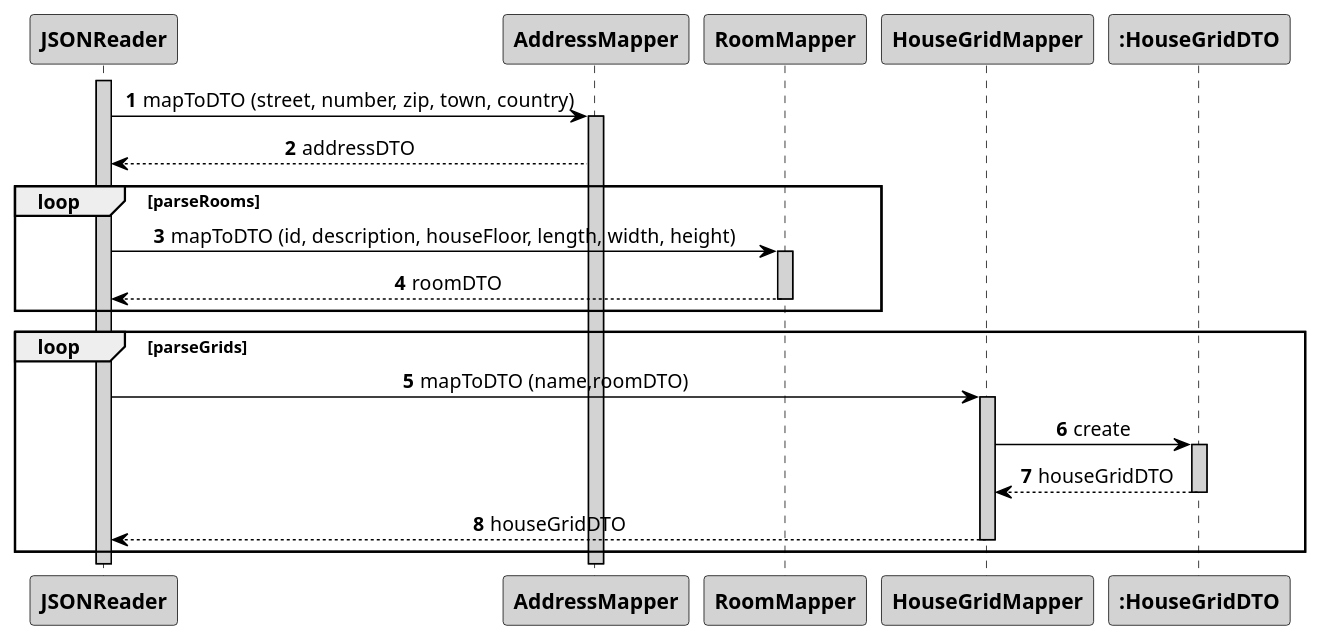
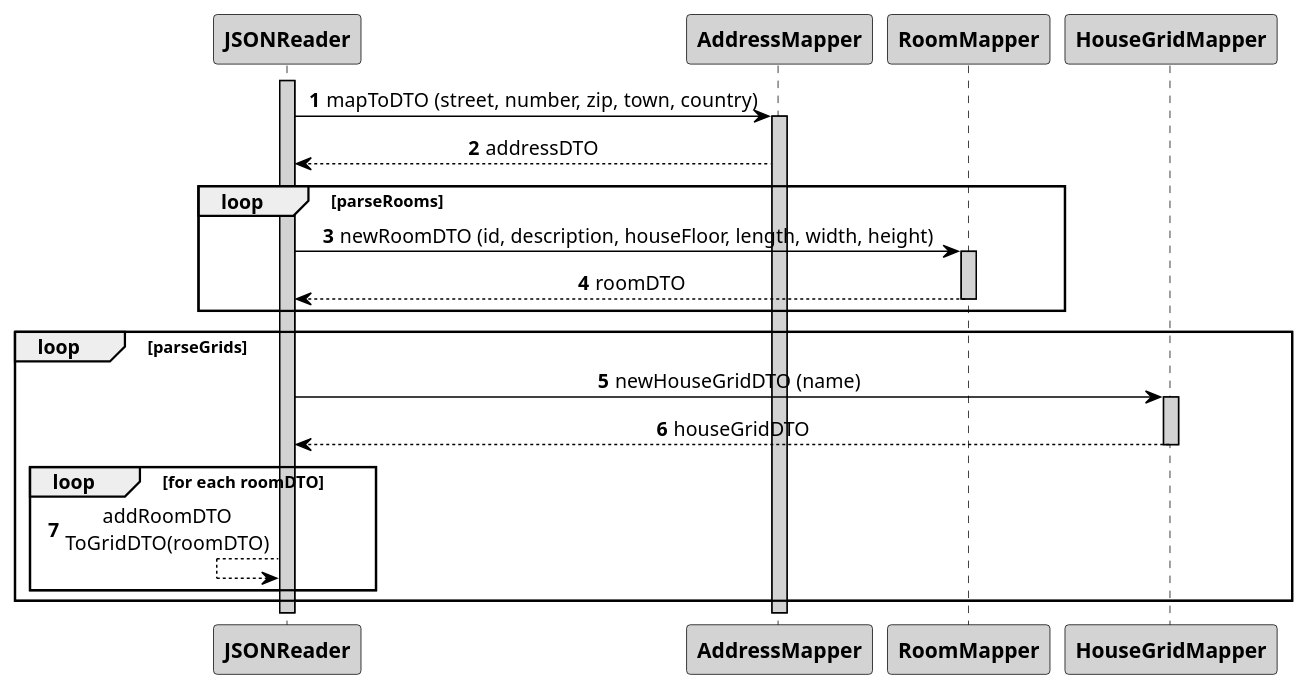
Before and after one commit to 1181687/hateoasToy: the diagram in src/main/java/pt/ipp/isep/dei/project/controllers/configurehouseinformationfromjsoncontroller/SD_Ref_ConfigureHouseFromJSON.puml, drawn with PlantUML.

Commit message:
Addresses #153 - Changes to the SD Ref.

```diff
--- a/src/main/java/pt/ipp/isep/dei/project/controllers/configurehouseinformationfromjsoncontroller/SD_Ref_ConfigureHouseFromJSON.puml
+++ b/src/main/java/pt/ipp/isep/dei/project/controllers/configurehouseinformationfromjsoncontroller/SD_Ref_ConfigureHouseFromJSON.puml
@@ -1,43 +1,42 @@
 @startuml
 skinparam sequenceMessageAlign center
 skinparam sequence {
 	ArrowColor Black
 	ActorBorderColor DarkBlue
 	LifeLineBorderColor black
 	LifeLineBackgroundColor LightGrey
 
 	ParticipantBorderColor Black
 	ParticipantBackgroundColor LightGrey
 	ParticipantFontStyle Bold
 
 	ActorBackgroundColor DimGrey
 	ActorFontColor DeepSkyBlue
 	ActorFontStyle Bold
 	ActorFontSize 17
 	ActorFontName Aapex
 }
 autonumber
 
 activate "JSONReader"
 JSONReader -> AddressMapper: mapToDTO (street, number, zip, town, country)
 activate "AddressMapper"
 "AddressMapper" --> JSONReader : addressDTO
 loop parseRooms
 
-JSONReader -> "RoomMapper": mapToDTO (id, description, houseFloor, length, width, height)
+JSONReader -> "RoomMapper": newRoomDTO (id, description, houseFloor, length, width, height)
 activate "RoomMapper"
 "RoomMapper" --> JSONReader: roomDTO
 deactivate "RoomMapper"
 end
 loop parseGrids
 activate "JSONReader"
-JSONReader -> "HouseGridMapper": mapToDTO (name,roomDTO)
+JSONReader -> "HouseGridMapper": newHouseGridDTO (name)
 activate "HouseGridMapper"
-"HouseGridMapper" -> ":HouseGridDTO" : create
-activate ":HouseGridDTO"
-":HouseGridDTO" --> "HouseGridMapper": houseGridDTO
-deactivate ":HouseGridDTO"
 "HouseGridMapper" --> JSONReader: houseGridDTO
 deactivate "HouseGridMapper"
+loop for each roomDTO
+JSONReader <-- JSONReader: addRoomDTO\nToGridDTO(roomDTO)
+end
 end
 @enduml
```
